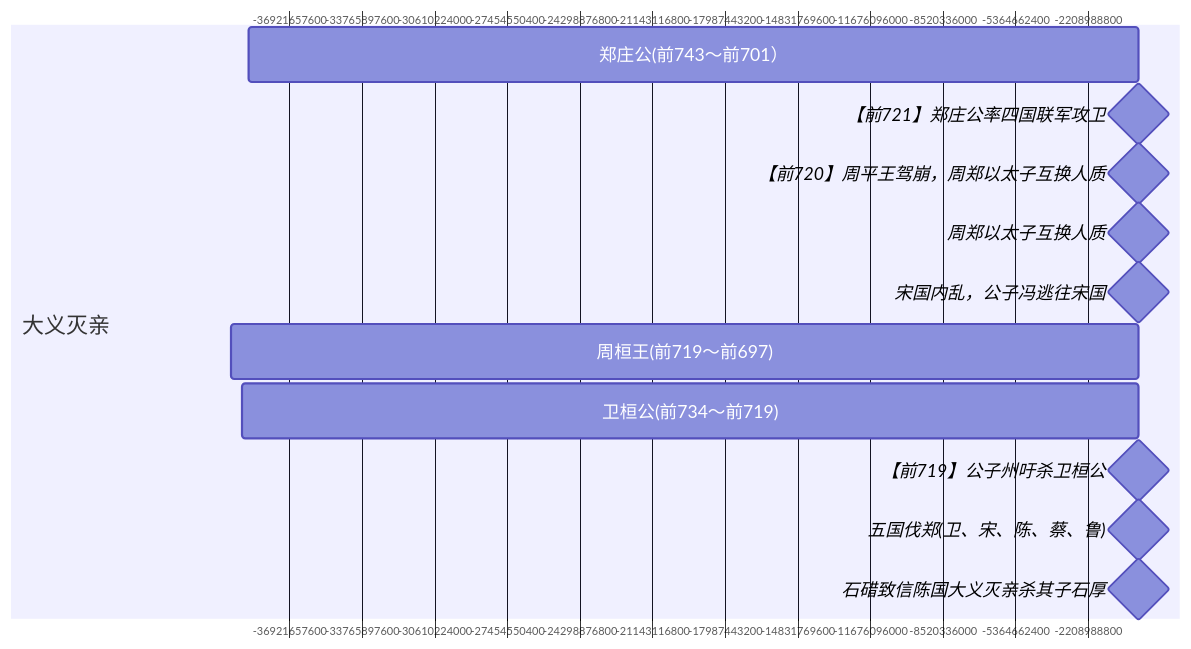
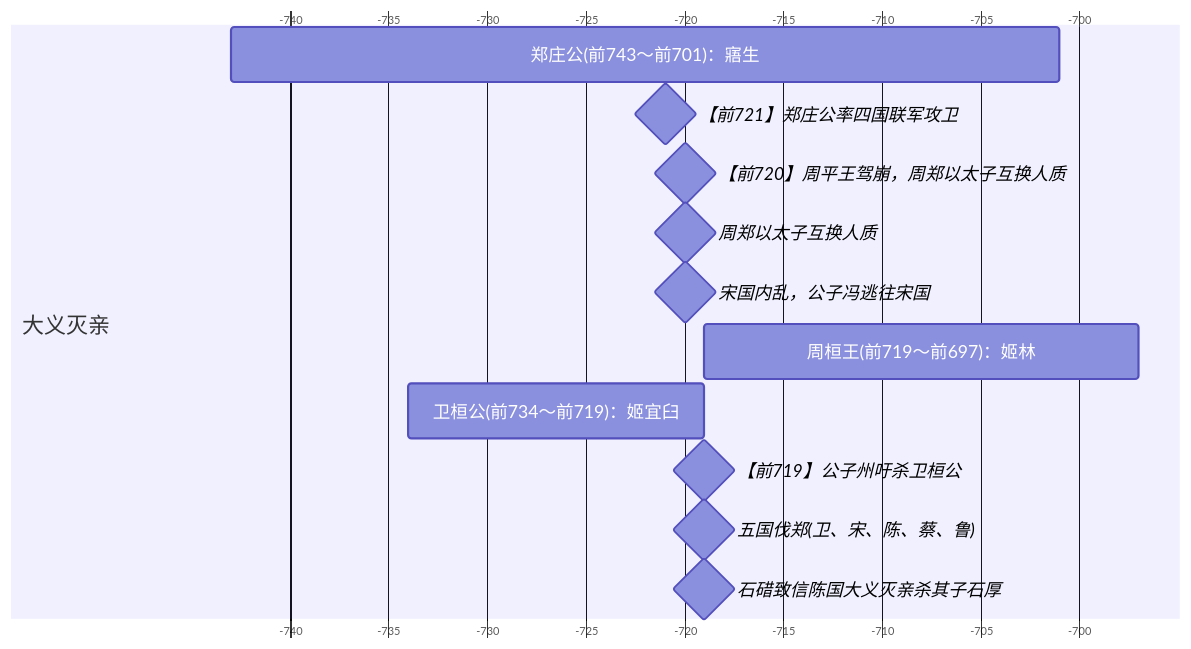
One commit to tsuyu2016/read changed the first of 3 diagrams in 透过地理看历史（春秋篇）03.md. Above: the diagram before and after it, drawn with Mermaid. The commit also changed 1 other file, not shown here.

````diff
--- a/透过地理看历史（春秋篇）03.md
+++ b/透过地理看历史（春秋篇）03.md
@@ -3,41 +3,41 @@
 ```mermaid
 ---
 config:
   themeCSS: '
     .grid .tick line{stroke:lightgray;stroke-dasharray:3;opacity:1;}
     .grid .tick text{font-size:16px;}
     .grid path {stroke-width: 0;}
   '
   gantt:
     titleTopMargin:
     topPadding:
     gridLineStartPadding: 
     topAxis: true
     barHeight: 50
     rightPadding:
     leftPadding: 200
     fontSize: 16
     sectionFontSize: 20
     numberSectionStyles: 4
     axisFormat: "%Y"
     useMaxWidth:
     weekday:
     barGap:
 ---
 gantt
-  dateFormat  X
+  dateFormat X
   axisFormat %s
   todayMarker off
 
   section 大义灭亲
-  郑庄公(前743～前701）:寤生: -743,-701
+  郑庄公(前743～前701)：寤生: -743,-701
   【前721】郑庄公率四国联军攻卫: milestone, -721,
   【前720】周平王驾崩，周郑以太子互换人质: milestone, -720,
   周郑以太子互换人质: milestone, -720,
   宋国内乱，公子冯逃往宋国: milestone, -720,
-  周桓王(前719～前697):姬林: -719,-697
-  卫桓公(前734～前719):姬宜臼: -734,-719
+  周桓王(前719～前697)：姬林: -719,-697
+  卫桓公(前734～前719)：姬宜臼: -734,-719
   【前719】公子州吁杀卫桓公: milestone, -719,
   五国伐郑(卫、宋、陈、蔡、鲁): milestone, -719,
   石碏致信陈国大义灭亲杀其子石厚: milestone, -719,
 ```
````
